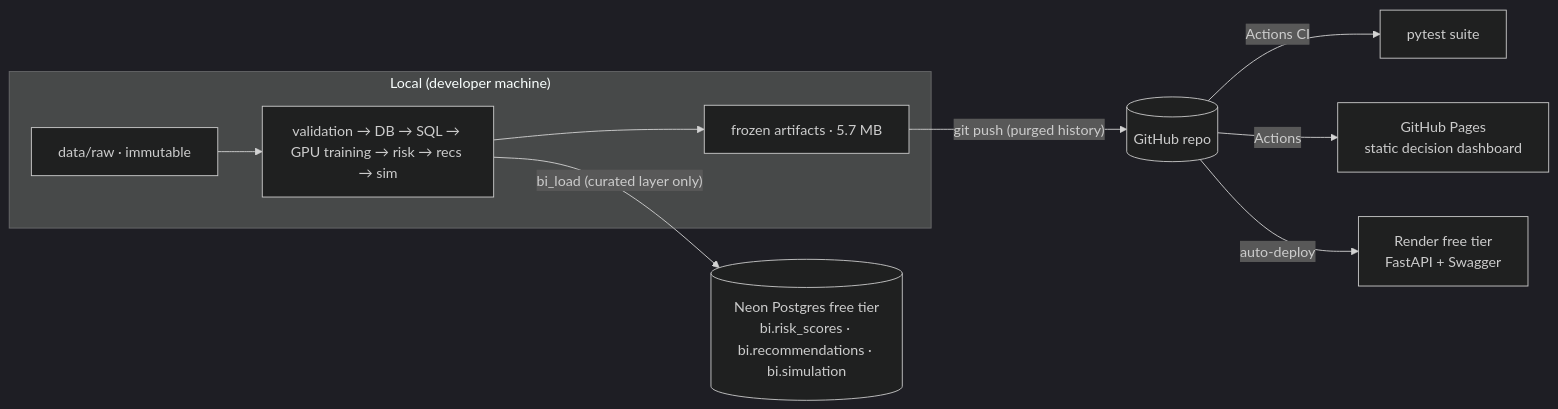
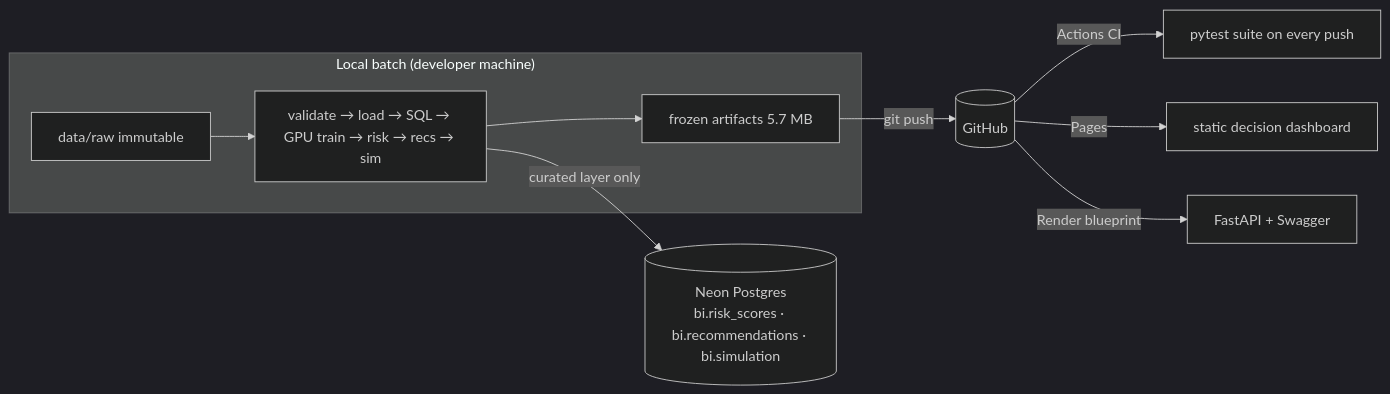
One commit to AdityaP700/KagFint changed the second of 2 diagrams in README.md. Above: the diagram before and after it, drawn with Mermaid (dark theme). The commit also changed other lines of this file and 2 other files, not shown here.

Commit message:
docs: story-driven README with screenshots, mermaid diagrams, and links

````diff
--- a/README.md
+++ b/README.md
@@ -170,12 +174,12 @@
 ```mermaid
 flowchart LR
-    subgraph laptop["Local (developer machine)"]
-        RAW[data/raw · immutable] --> P[validation → DB → SQL → GPU training → risk → recs → sim]
-        P --> ART[frozen artifacts · 5.7 MB]
+    subgraph laptop["Local batch (developer machine)"]
+        RAW[data/raw immutable] --> P[validate → load → SQL → GPU train → risk → recs → sim]
+        P --> ART[frozen artifacts 5.7 MB]
     end
-    ART -- "git push (purged history)" --> GH[(GitHub repo)]
-    GH -- "Actions CI" --> T[pytest suite]
-    GH -- "Actions" --> PG[GitHub Pages<br/>static decision dashboard]
-    GH -- "auto-deploy" --> RD[Render free tier<br/>FastAPI + Swagger]
-    P -- "bi_load (curated layer only)" --> NE[(Neon Postgres free tier<br/>bi.risk_scores · bi.recommendations · bi.simulation)]
+    ART -- "git push" --> GH[(GitHub)]
+    GH -- "Actions CI" --> T[pytest suite on every push]
+    GH -- "Pages" --> PG[static decision dashboard]
+    GH -- "Render blueprint" --> RD[FastAPI + Swagger]
+    P -- "curated layer only" --> NE[(Neon Postgres<br/>bi.risk_scores · bi.recommendations · bi.simulation)]
 ```
````
